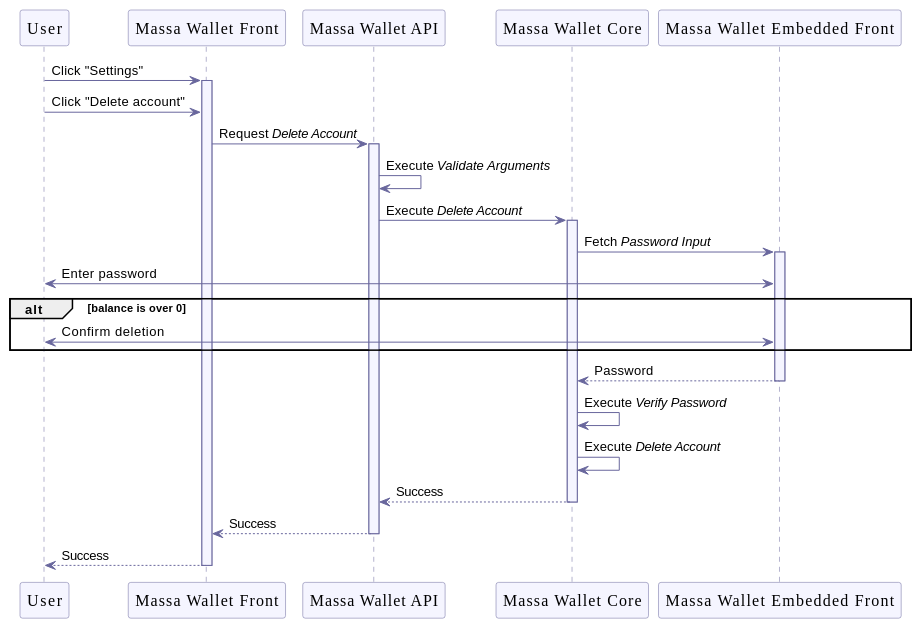
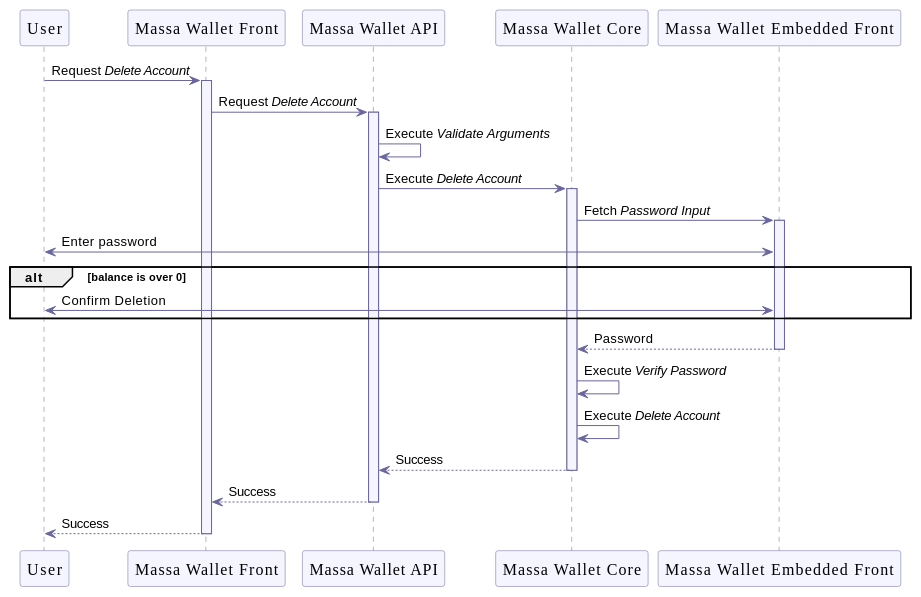
One commit to massalabs/station-massa-wallet changed the eighth of 9 diagrams in documentation/wallet.adoc. Above: the diagram before and after it, drawn with PlantUML. The commit also changed other lines of this file, not shown here.

Commit message:
simplify sequence diagram and add function

```diff
--- a/documentation/wallet.adoc
+++ b/documentation/wallet.adoc
@@ -560,44 +504,43 @@
 [plantuml, format="svg", id="delete-account", width="100%", role="center-image", options="interactive"]
 ----
 @startuml
 
 skinparam FontName Poppins
 
 skinparam sequence {
     ArrowColor #69679D
     LifeLineBorderColor #69679D
     LifeLineBackgroundColor #F5F5FF
 
     ParticipantBorderColor #69679D
     ParticipantBackgroundColor #F5F5FF
     ParticipantFontName Poppins
     ParticipantFontSize 16
     ParticipantFontColor #000000
 }
 
 
 participant "User" as user
 participant "Massa Wallet Front" as wallet_front
 participant "Massa Wallet API" as wallet_api
 participant "Massa Wallet Core" as wallet_core
 participant "Massa Wallet Embedded Front" as wallet_embedded_front
 
-user -> wallet_front ++ : Click "Settings"
-user -> wallet_front : Click "Delete account"
+user -> wallet_front ++ : Request //Delete Account//
     wallet_front -> wallet_api ++: Request //Delete Account//
     wallet_api -> wallet_api: Execute //Validate Arguments//
         wallet_api -> wallet_core ++: Execute //Delete Account//
             wallet_core -> wallet_embedded_front ++: Fetch //Password Input//
             wallet_embedded_front <-> user: Enter password
             alt balance is over 0
-                wallet_embedded_front <-> user: Confirm deletion
+                wallet_embedded_front <-> user: Confirm Deletion
             end
             return Password
             wallet_core -> wallet_core: Execute //Verify Password//
             wallet_core -> wallet_core: Execute //Delete Account//        
         return Success
     return Success
 return Success
 
 @enduml
 ----
```
